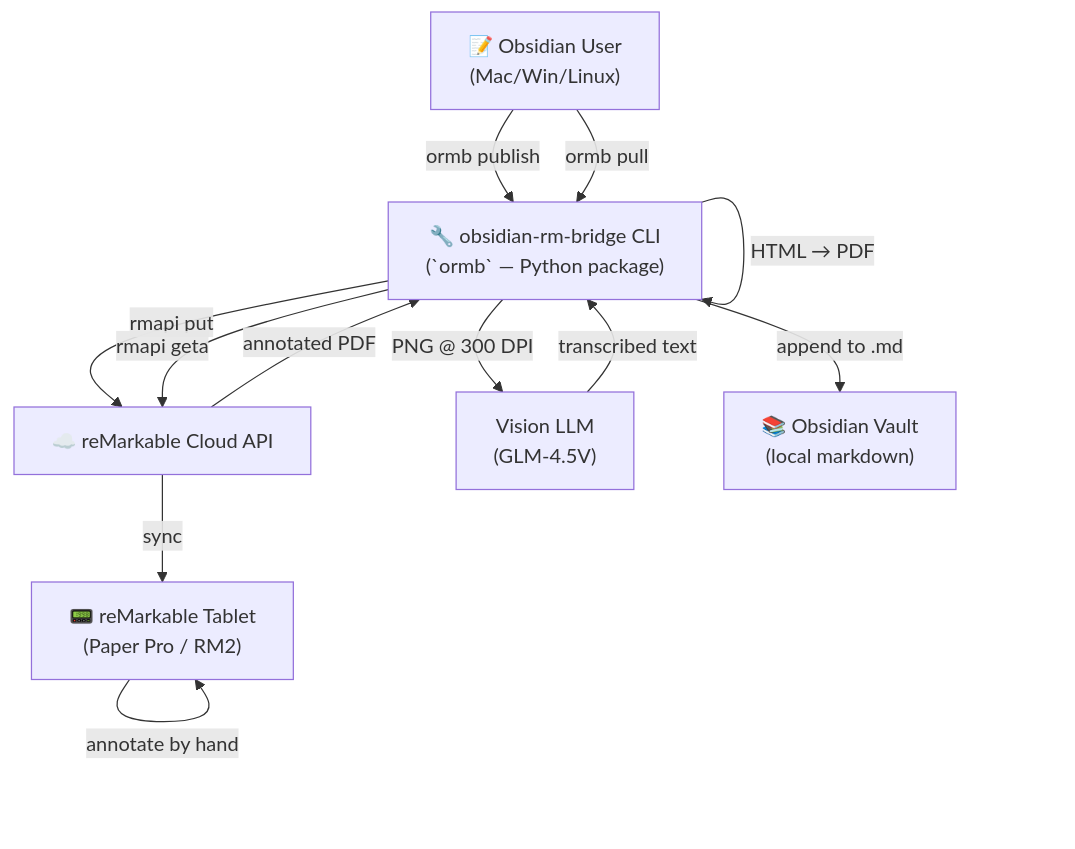
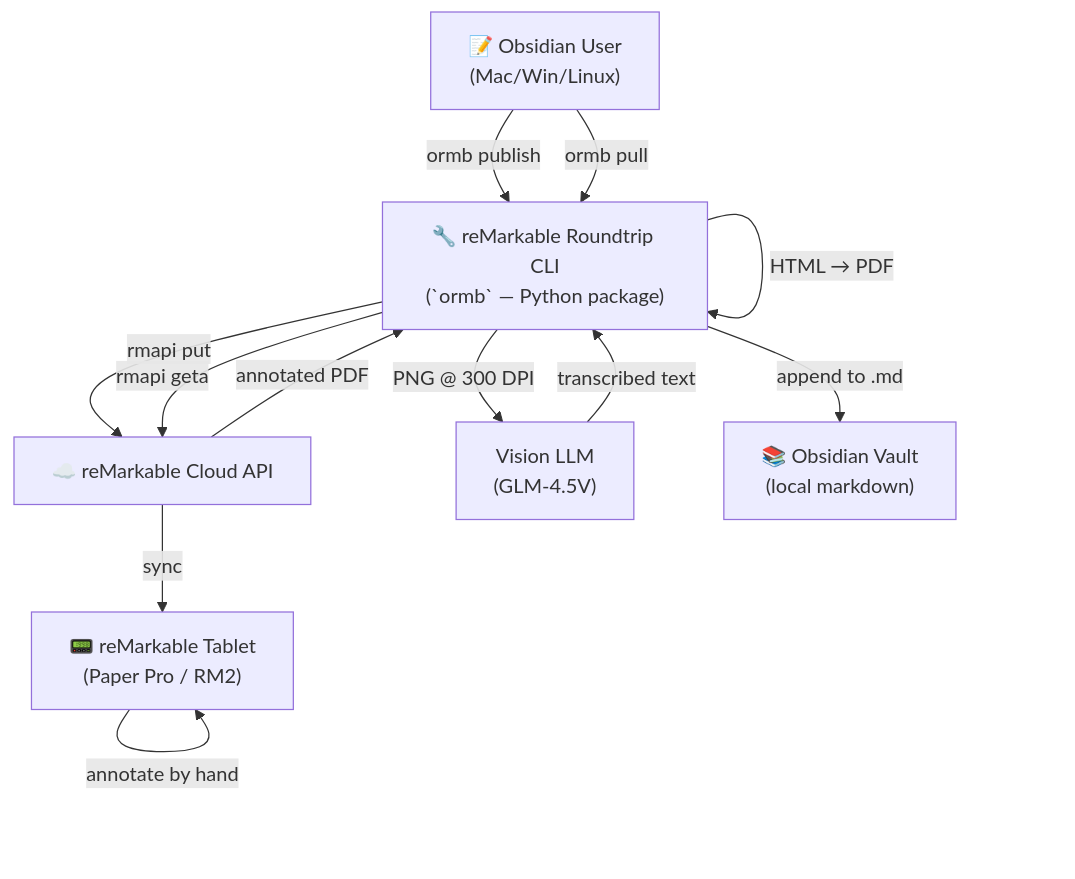
The first of 4 diagrams in docs/ARCHITECTURE.md (vevmesteren/obsidian-rm-bridge), drawn with Mermaid before and after one commit. The commit also changed other lines of this file and 22 other files, not shown here.

````diff
--- a/docs/ARCHITECTURE.md
+++ b/docs/ARCHITECTURE.md
@@ -66,21 +66,21 @@
 ```mermaid
 graph TB
     User["📝 Obsidian User<br/>(Mac/Win/Linux)"]
-    ORB["🔧 obsidian-rm-bridge CLI<br/>(`ormb` — Python package)"]
+    ORB["🔧 reMarkable Roundtrip CLI<br/>(`ormb` — Python package)"]
     RM["📟 reMarkable Tablet<br/>(Paper Pro / RM2)"]
     Cloud["☁️ reMarkable Cloud API"]
     Vision["Vision LLM\n(GLM-4.5V)"]
     Vault["📚 Obsidian Vault<br/>(local markdown)"]
 
     User -->|"ormb publish"| ORB
     ORB -->|"HTML → PDF"| ORB
     ORB -->|"rmapi put"| Cloud
     Cloud -->|"sync"| RM
     RM -->|"annotate by hand"| RM
     User -->|"ormb pull"| ORB
     ORB -->|"rmapi geta"| Cloud
     Cloud -->|"annotated PDF"| ORB
     ORB -->|"PNG @ 300 DPI"| Vision
     Vision -->|"transcribed text"| ORB
     ORB -->|"append to .md"| Vault
 ```
````
